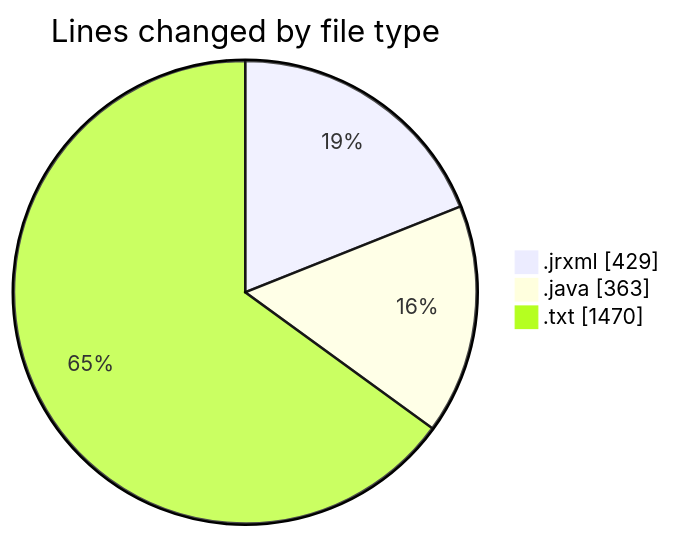
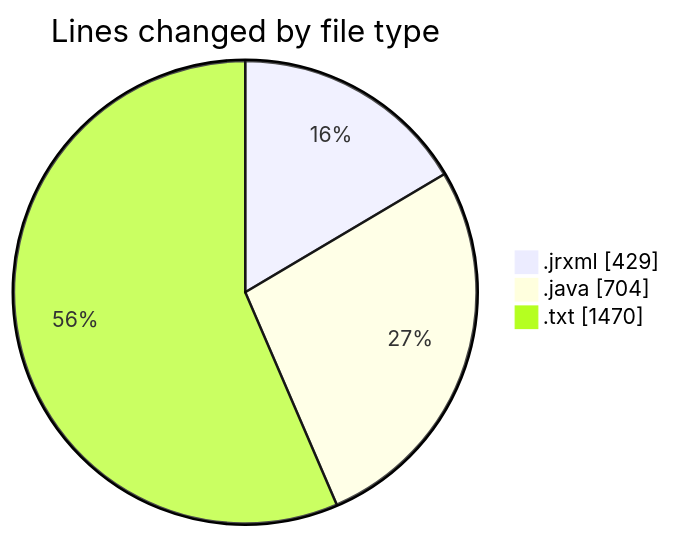
One commit to ricardozamudiocil/code-tracking changed the first of 2 diagrams in 2026-09-17/cilreports__workspace_/README.md. Above: the diagram before and after it, drawn with Mermaid. The commit also changed other lines of this file and 1 other file, not shown here.

````diff
--- a/2026-09-17/cilreports__workspace_/README.md
+++ b/2026-09-17/cilreports__workspace_/README.md
@@ -24,7 +25,7 @@
 ```mermaid
 pie showData
 title Lines changed by file type
 ".jrxml" : 429
-".java" : 363
+".java" : 704
 ".txt" : 1470
 ```
````
